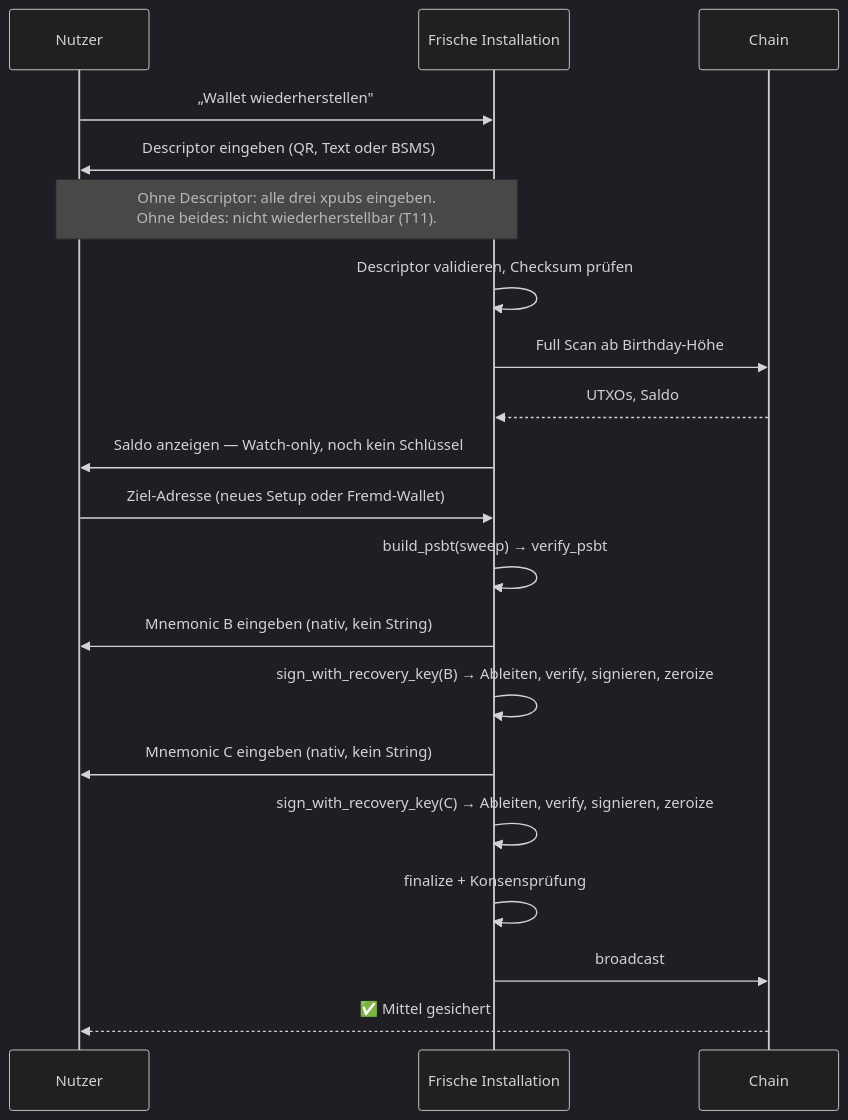
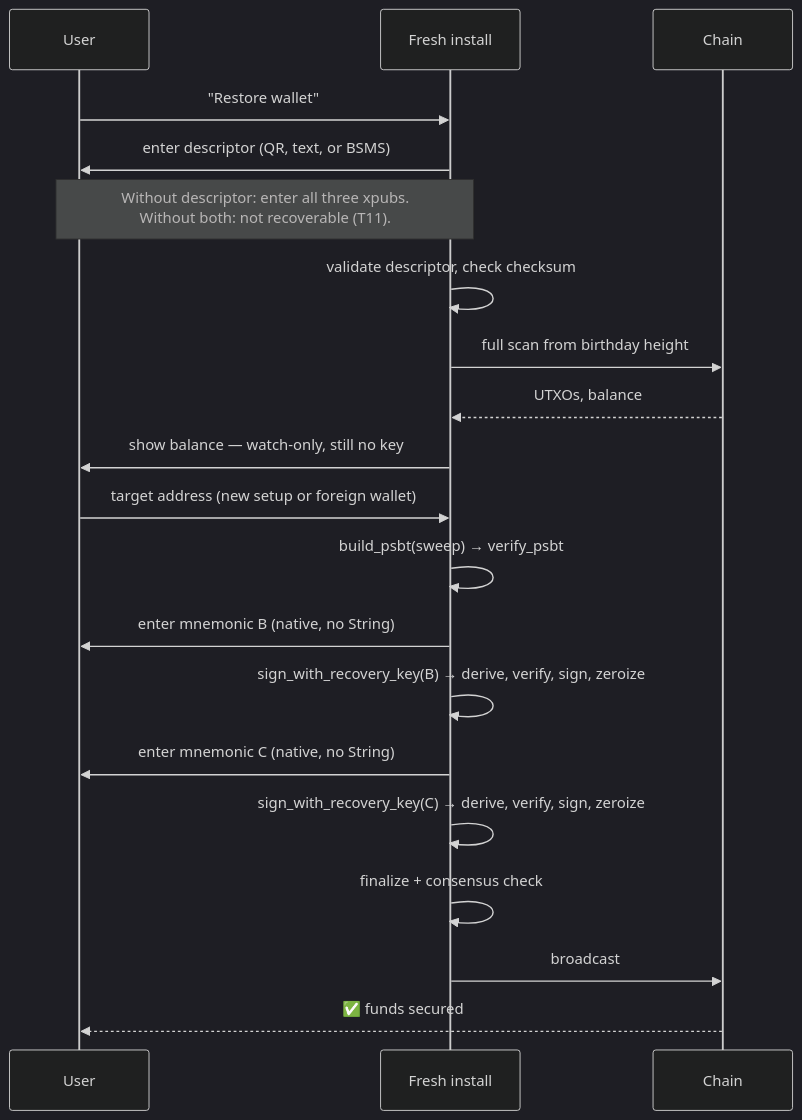
One commit to joshuakrueger-dfx/Bitcoin-Trinity changed the seventh of 9 diagrams in docs/SPECIFICATION.md. Above: the diagram before and after it, drawn with Mermaid (dark theme). The commit also changed other lines of this file and 28 other files, not shown here.

````diff
--- a/docs/SPECIFICATION.md
+++ b/docs/SPECIFICATION.md
@@ -1844,23 +1844,23 @@
 ```mermaid
 sequenceDiagram
-    participant U as Nutzer
-    participant NEU as Frische Installation
+    participant U as User
+    participant NEU as Fresh install
     participant CH as Chain
 
-    U->>NEU: „Wallet wiederherstellen"
-    NEU->>U: Descriptor eingeben (QR, Text oder BSMS)
-    Note over U,NEU: Ohne Descriptor: alle drei xpubs eingeben.<br/>Ohne beides: nicht wiederherstellbar (T11).
-    NEU->>NEU: Descriptor validieren, Checksum prüfen
-    NEU->>CH: Full Scan ab Birthday-Höhe
-    CH-->>NEU: UTXOs, Saldo
-    NEU->>U: Saldo anzeigen — Watch-only, noch kein Schlüssel
-    U->>NEU: Ziel-Adresse (neues Setup oder Fremd-Wallet)
+    U->>NEU: "Restore wallet"
+    NEU->>U: enter descriptor (QR, text, or BSMS)
+    Note over U,NEU: Without descriptor: enter all three xpubs.<br/>Without both: not recoverable (T11).
+    NEU->>NEU: validate descriptor, check checksum
+    NEU->>CH: full scan from birthday height
+    CH-->>NEU: UTXOs, balance
+    NEU->>U: show balance — watch-only, still no key
+    U->>NEU: target address (new setup or foreign wallet)
     NEU->>NEU: build_psbt(sweep) → verify_psbt
-    NEU->>U: Mnemonic B eingeben (nativ, kein String)
-    NEU->>NEU: sign_with_recovery_key(B) → Ableiten, verify, signieren, zeroize
-    NEU->>U: Mnemonic C eingeben (nativ, kein String)
-    NEU->>NEU: sign_with_recovery_key(C) → Ableiten, verify, signieren, zeroize
-    NEU->>NEU: finalize + Konsensprüfung
+    NEU->>U: enter mnemonic B (native, no String)
+    NEU->>NEU: sign_with_recovery_key(B) → derive, verify, sign, zeroize
+    NEU->>U: enter mnemonic C (native, no String)
+    NEU->>NEU: sign_with_recovery_key(C) → derive, verify, sign, zeroize
+    NEU->>NEU: finalize + consensus check
     NEU->>CH: broadcast
-    CH-->>U: ✅ Mittel gesichert
+    CH-->>U: ✅ funds secured
 ```
````
